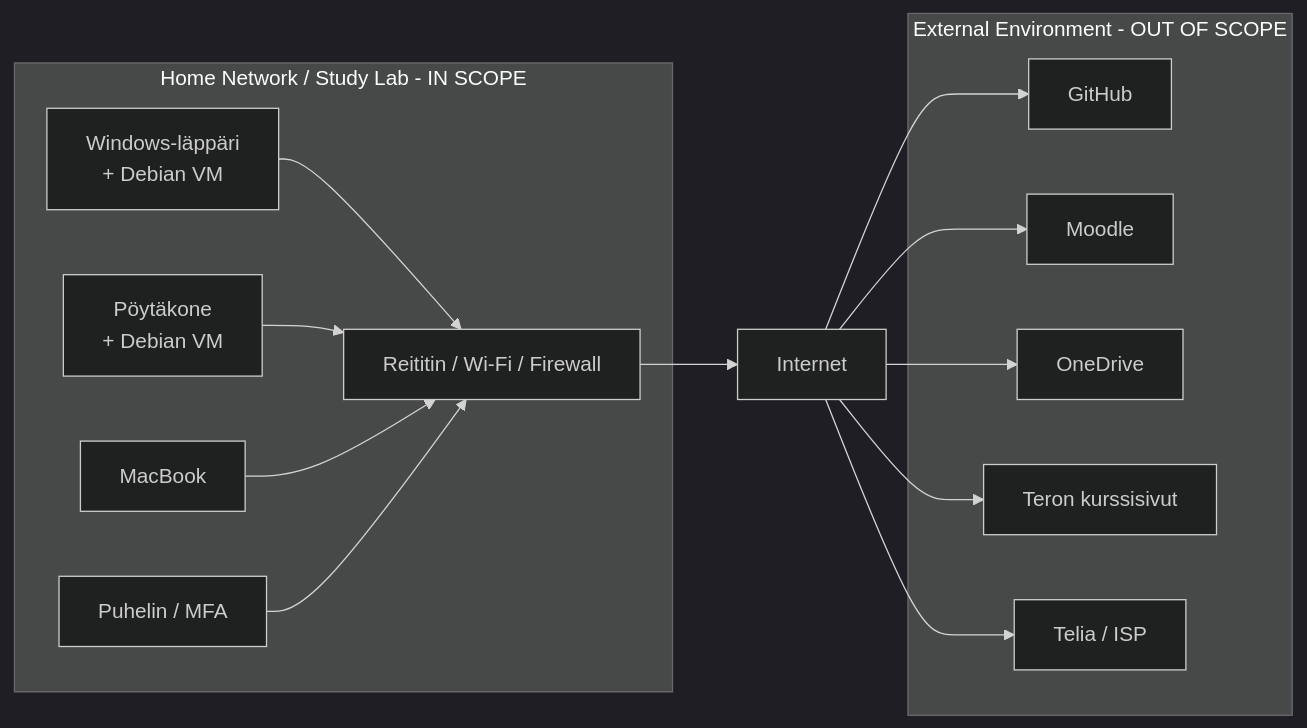
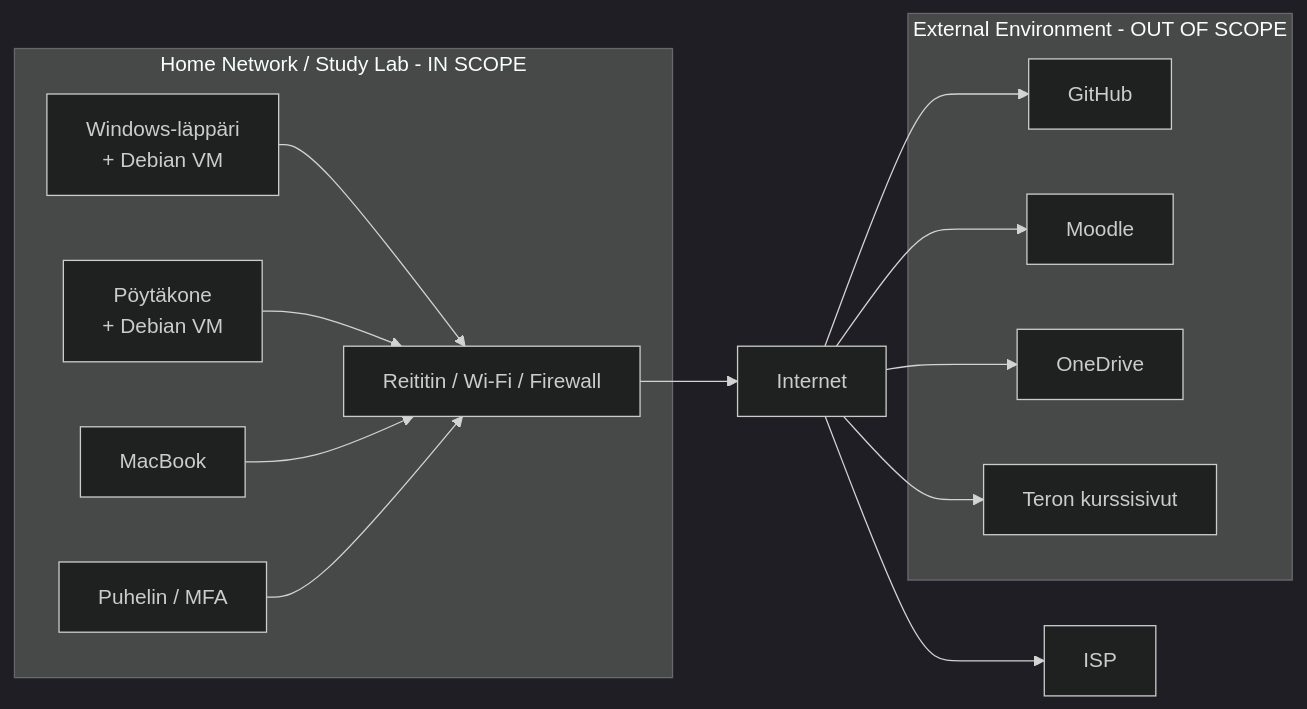
Before and after one commit to Ralchuu/sovellustenhakkerointi: the diagram in h1.md, drawn with Mermaid (dark theme).

````diff
--- a/h1.md
+++ b/h1.md
@@ -89,31 +89,30 @@
 ```mermaid
 flowchart LR
     subgraph IN["Home Network / Study Lab - IN SCOPE"]
         Laptop["Windows-läppäri<br/>+ Debian VM"]
         Desktop["Pöytäkone<br/>+ Debian VM"]
         Mac["MacBook"]
         Phone["Puhelin / MFA"]
         Router["Reititin / Wi-Fi / Firewall"]
 
         Laptop --> Router
         Desktop --> Router
         Mac --> Router
         Phone --> Router
     end
 
     Router --> Internet["Internet"]
 
     subgraph OUT["External Environment - OUT OF SCOPE"]
         GitHub["GitHub"]
         Moodle["Moodle"]
         OneDrive["OneDrive"]
         Tero["Teron kurssisivut"]
-        ISP["Telia / ISP"]
     end
 
     Internet --> GitHub
     Internet --> Moodle
     Internet --> OneDrive
     Internet --> Tero
     Internet --> ISP
 ```
````
